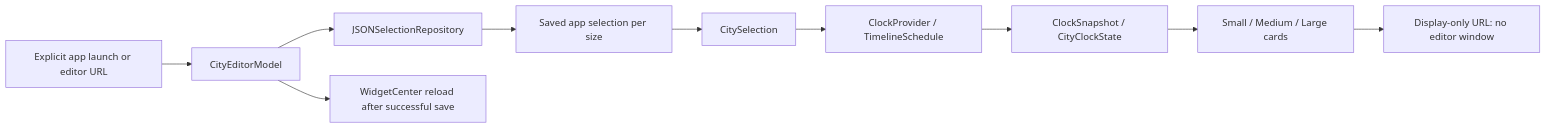
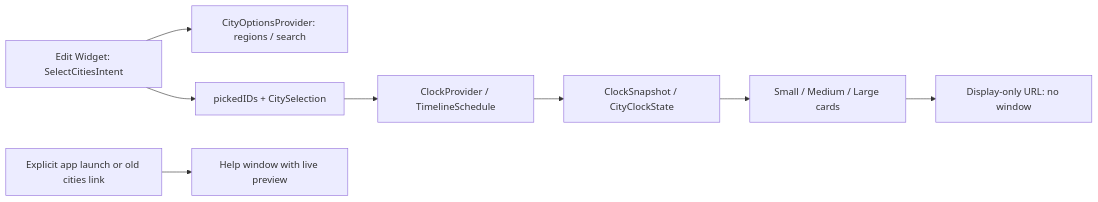
Before and after one commit to ac1982/world-clock-widget: the diagram in docs/architecture.md, drawn with Mermaid. The commit also changed other lines of this file and 35 other files, not shown here.

First line of the commit message:
Choose cities in Edit Widget only; the app becomes a help window

````diff
--- a/docs/architecture.md
+++ b/docs/architecture.md
@@ -9,12 +9,10 @@
 ```mermaid
 flowchart LR
-    Settings[Saved app selection per size] --> Selection[CitySelection]
-    JSON[JSONSelectionRepository] --> Settings
+    EditWidget[Edit Widget: SelectCitiesIntent] --> Options[CityOptionsProvider: regions / search]
+    EditWidget --> Selection[pickedIDs + CitySelection]
     Selection --> Timeline[ClockProvider / TimelineSchedule]
     Timeline --> Snapshot[ClockSnapshot / CityClockState]
     Snapshot --> Cards[Small / Medium / Large cards]
-    Cards --> Passive[Display-only URL: no editor window]
-    Explicit[Explicit app launch or editor URL] --> Editor[CityEditorModel]
-    Editor --> JSON
-    Editor --> Reload[WidgetCenter reload after successful save]
+    Cards --> Passive[Display-only URL: no window]
+    Explicit[Explicit app launch or old cities link] --> Help[Help window with live preview]
 ```
````
